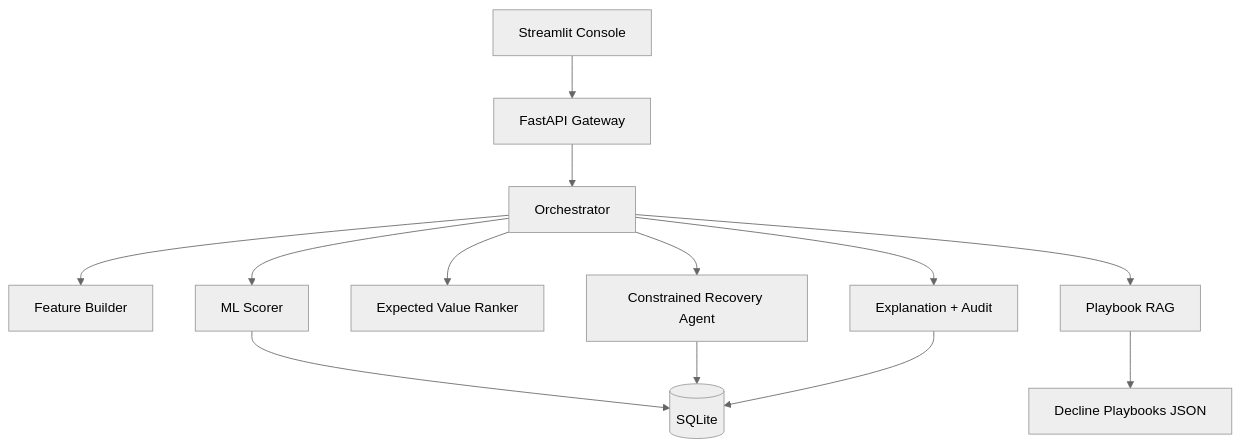
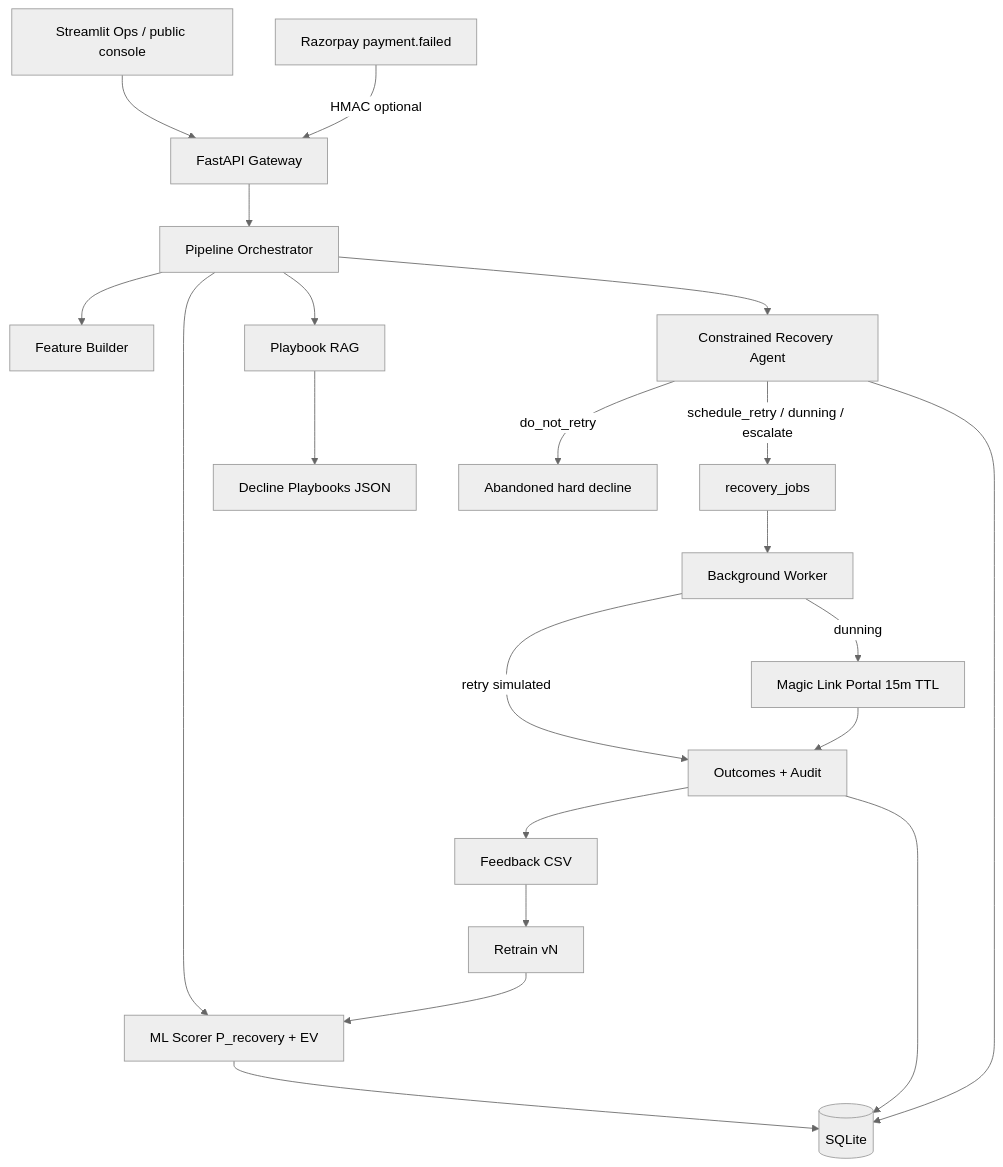
Before and after one commit to Abhayk-123/ai-razorpay-: the diagram in docs/architecture.md, drawn with Mermaid (neutral theme). The commit also changed other lines of this file and 38 other files, not shown here.

First line of the commit message:
Make RecoverPilot resume-shortlist ready with magic-link portal and proof demos.

````diff
--- a/docs/architecture.md
+++ b/docs/architecture.md
@@ -3,15 +3,23 @@
 ```mermaid
 flowchart TD
-  UI[Streamlit Console] --> API[FastAPI Gateway]
-  API --> ORCH[Orchestrator]
+  UI[Streamlit Ops / public console] --> API[FastAPI Gateway]
+  WH[Razorpay payment.failed] -->|HMAC optional| API
+  API --> ORCH[Pipeline Orchestrator]
   ORCH --> FEAT[Feature Builder]
-  ORCH --> ML[ML Scorer]
-  ORCH --> EV[Expected Value Ranker]
+  ORCH --> ML[ML Scorer P_recovery + EV]
   ORCH --> RAG[Playbook RAG]
   ORCH --> AGENT[Constrained Recovery Agent]
-  ORCH --> EXPL[Explanation + Audit]
+  AGENT -->|do_not_retry| ABANDON[Abandoned hard decline]
+  AGENT -->|schedule_retry / dunning / escalate| QUEUE[recovery_jobs]
+  QUEUE --> WORKER[Background Worker]
+  WORKER -->|retry simulated| OUT[Outcomes + Audit]
+  WORKER -->|dunning| MAGIC[Magic Link Portal 15m TTL]
+  MAGIC --> OUT
+  OUT --> FB[Feedback CSV]
+  FB --> RETRAIN[Retrain vN]
+  RETRAIN --> ML
   ML --> DB[(SQLite)]
   AGENT --> DB
-  EXPL --> DB
+  OUT --> DB
   RAG --> PB[Decline Playbooks JSON]
 ```
````
